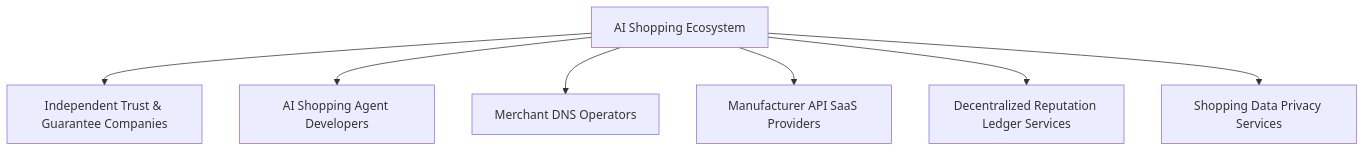
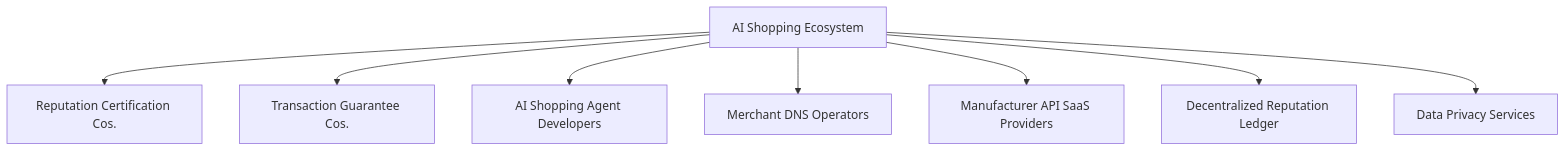
Before and after one commit to kaicen-x/ai-shopping-paradigm: the fourth of 7 diagrams in English/AI-Shopping-Paradigm.md, drawn with Mermaid. The commit also changed other lines of this file and 4 other files, not shown here.

````diff
--- a/English/AI-Shopping-Paradigm.md
+++ b/English/AI-Shopping-Paradigm.md
@@ -141,10 +162,11 @@
 ```mermaid
 graph TD
- ROOT[AI Shopping Ecosystem]
- ROOT --> A[Independent Trust & Guarantee Companies]
- ROOT --> B[AI Shopping Agent Developers]
- ROOT --> C[Merchant DNS Operators]
- ROOT --> D[Manufacturer API SaaS Providers]
- ROOT --> E[Decentralized Reputation Ledger Services]
- ROOT --> F[Shopping Data Privacy Services]
+    ROOT[AI Shopping Ecosystem]
+    ROOT --> A[Reputation Certification Cos.]
+    ROOT --> B[Transaction Guarantee Cos.]
+    ROOT --> C[AI Shopping Agent Developers]
+    ROOT --> D[Merchant DNS Operators]
+    ROOT --> E[Manufacturer API SaaS Providers]
+    ROOT --> F[Decentralized Reputation Ledger]
+    ROOT --> G[Data Privacy Services]
 ```
````
